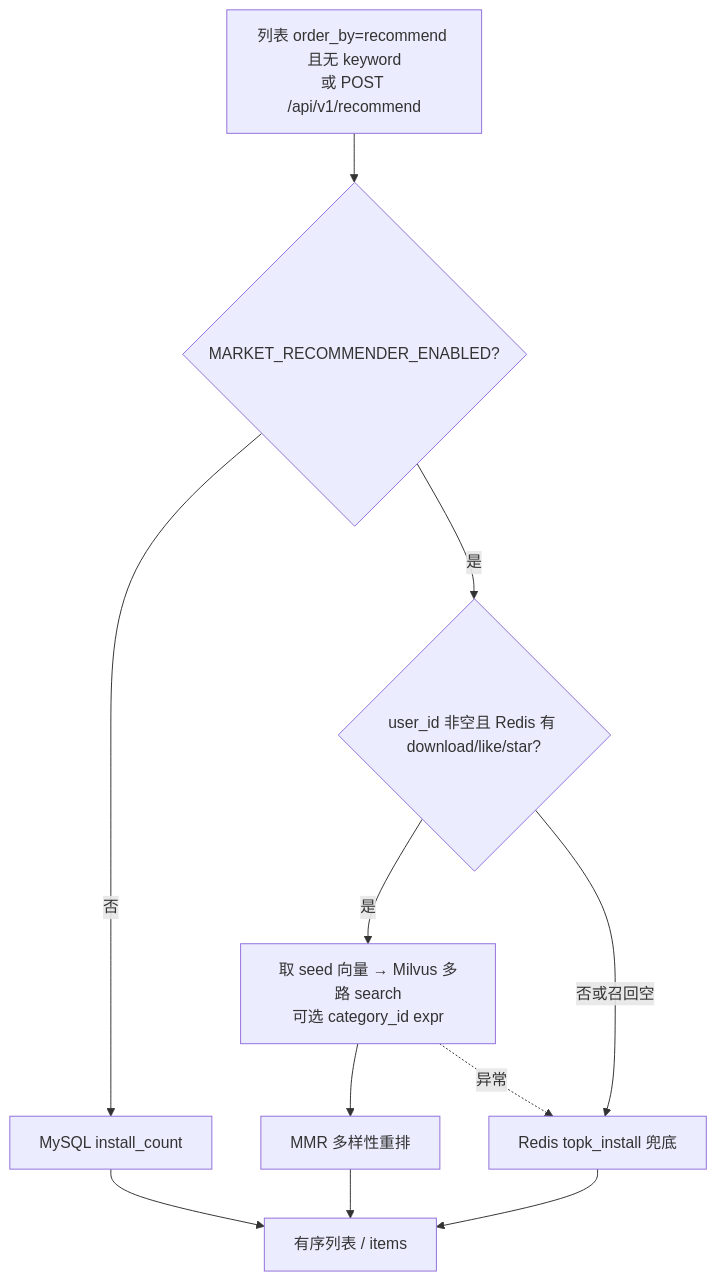
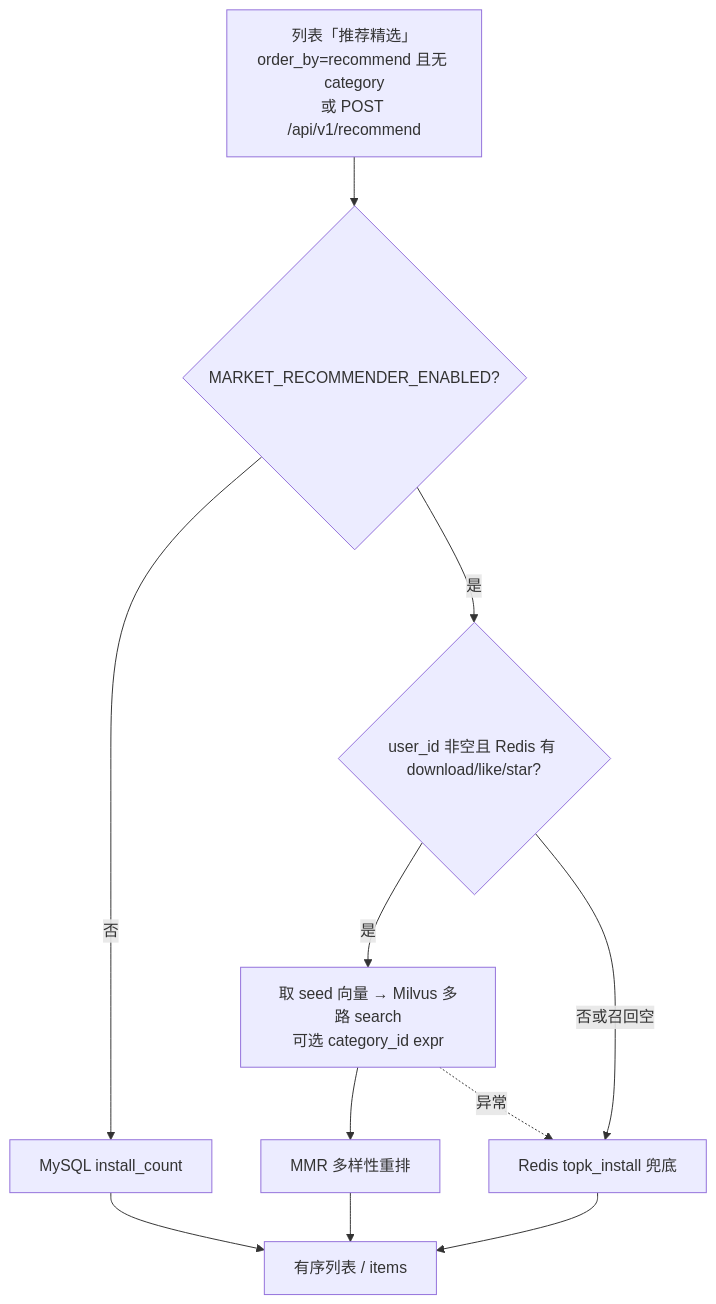
The second of 2 diagrams in docs/zh/5. 开发指南/推荐系统/README.md (huihui200739/skillhub), drawn with Mermaid before and after one commit. The commit also changed other lines of this file and 24 other files, not shown here.

````diff
--- a/docs/zh/5. 开发指南/推荐系统/README.md
+++ b/docs/zh/5. 开发指南/推荐系统/README.md
@@ -187,18 +187,18 @@
 ```mermaid
 flowchart TD
-  req[列表 order_by=recommend 且无 keyword<br/>或 POST /api/v1/recommend]
+  req[列表「推荐精选」order_by=recommend 且无 category<br/>或 POST /api/v1/recommend]
   enabled{MARKET_RECOMMENDER_ENABLED?}
   hist{user_id 非空且 Redis 有 download/like/star?}
   milvus[取 seed 向量 → Milvus 多路 search<br/>可选 category_id expr]
   mmr[MMR 多样性重排]
   topk[Redis topk_install 兜底]
   mysql[MySQL install_count]
   resp[有序列表 / items]
 
   req --> enabled
   enabled -->|否| mysql --> resp
   enabled -->|是| hist
   hist -->|是| milvus --> mmr --> resp
   hist -->|否或召回空| topk --> resp
   milvus -.->|异常| topk
 ```
````
